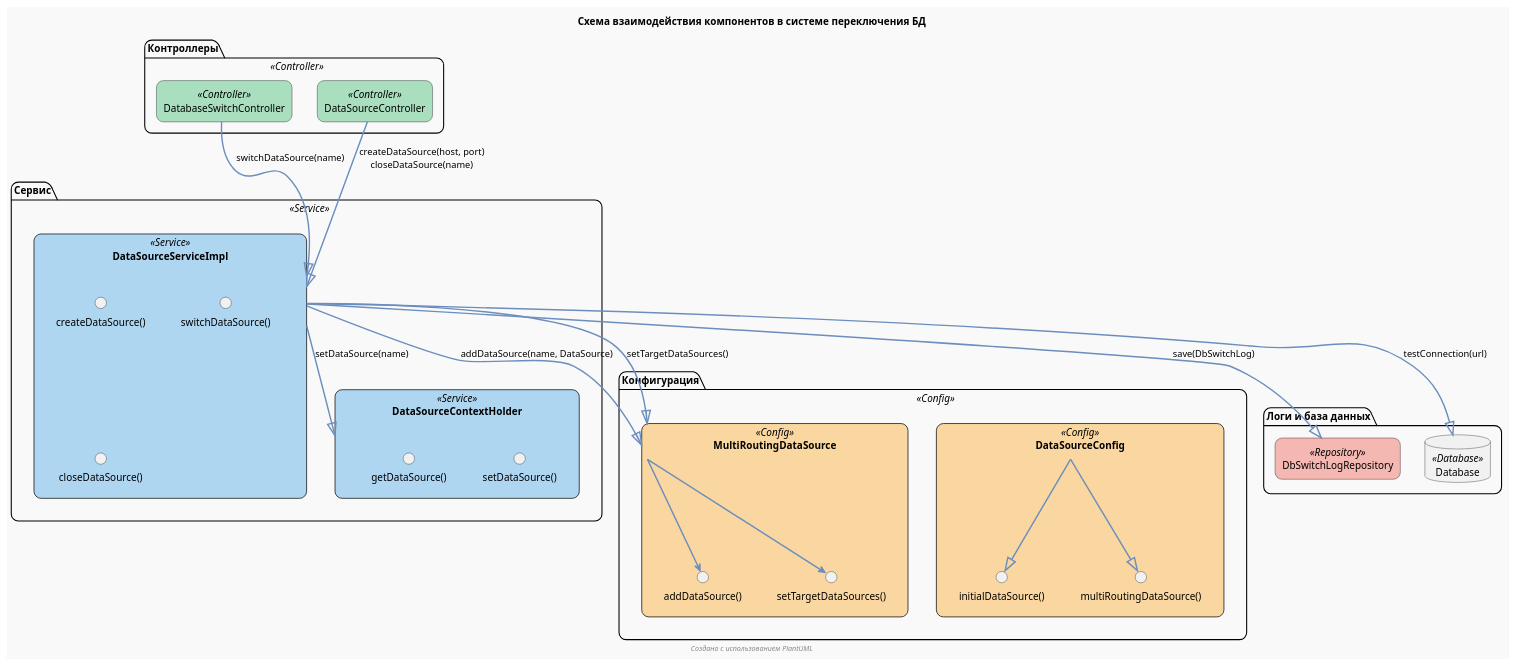
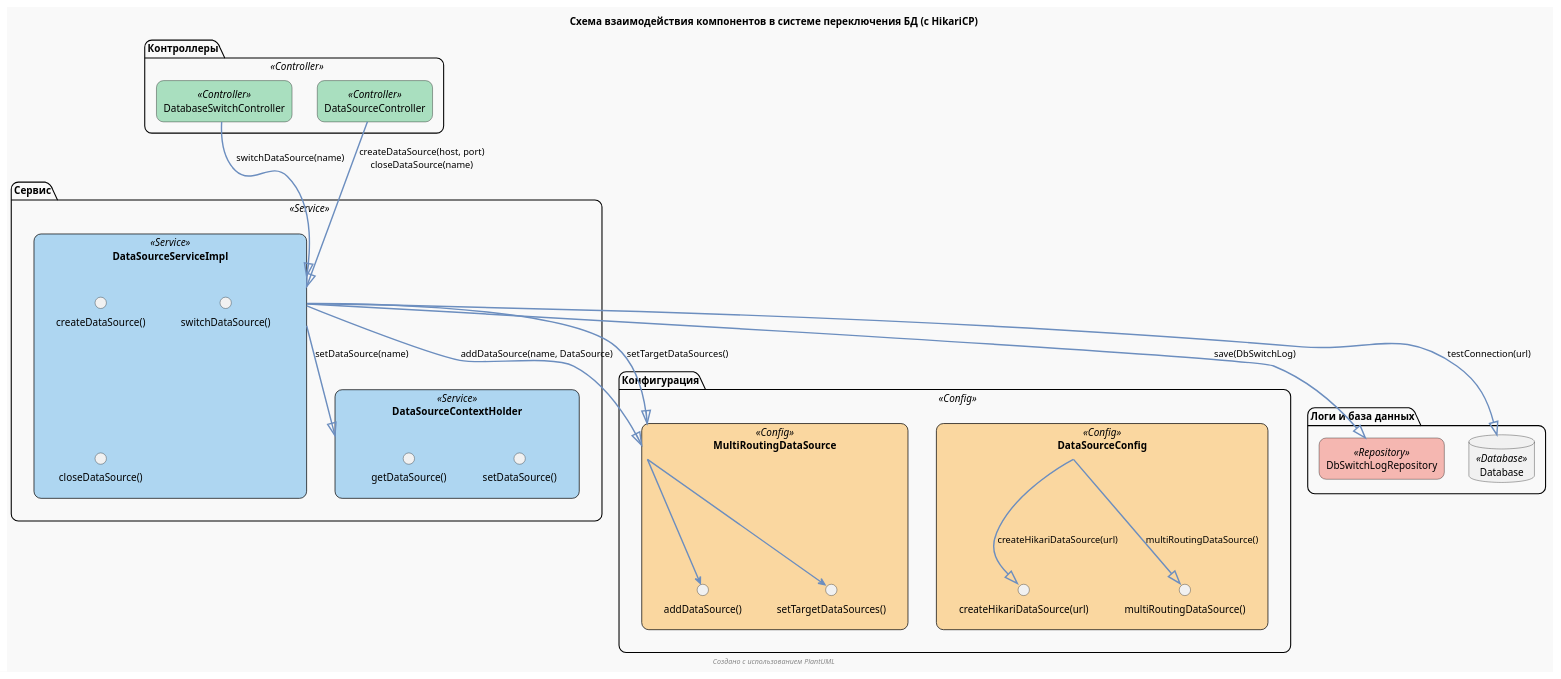
One commit to damnper/db-switching-demo changed the diagram in docs/schema/db-switch-demo.puml. Above: the diagram before and after it, drawn with PlantUML. The commit also changed 8 other files, not shown here.

```diff
--- a/docs/schema/db-switch-demo.puml
+++ b/docs/schema/db-switch-demo.puml
@@ -1,75 +1,75 @@
 @startuml
 skinparam backgroundColor #F9F9F9
 skinparam componentStyle rectangle
 skinparam shadowing false
 skinparam roundcorner 20
 skinparam ArrowColor #6C8EBF
 skinparam ArrowThickness 2
 
 ' Цветовые акценты
 skinparam component {
   BackgroundColor<<Config>> #FAD7A0
   BackgroundColor<<Service>> #AED6F1
   BackgroundColor<<Controller>> #A9DFBF
   BackgroundColor<<Repository>> #F5B7B1
   BackgroundColor<<Database>> #D5DBDB
   BorderColor black
   FontColor black
 }
 
-title <b>Схема взаимодействия компонентов в системе переключения БД</b>
+title <b>Схема взаимодействия компонентов в системе переключения БД (с HikariCP)</b>
 center footer <i>Создано с использованием PlantUML</i>
 
 package "Конфигурация" <<Config>> {
     component "DataSourceConfig" as cfg <<Config>> {
-        interface "initialDataSource()" as iDS
+        interface "createHikariDataSource(url)" as chds
         interface "multiRoutingDataSource()" as mRDS
     }
 
     component "MultiRoutingDataSource" as rds <<Config>> {
         interface "addDataSource()" as ads
         interface "setTargetDataSources()" as sTDS
     }
 }
 
 package "Сервис" <<Service>> {
     component "DataSourceServiceImpl" as dsi <<Service>> {
         interface "createDataSource()" as cds
         interface "switchDataSource()" as swds
         interface "closeDataSource()" as clsds
     }
 
     component "DataSourceContextHolder" as dch <<Service>> {
         interface "setDataSource()" as sds
         interface "getDataSource()" as gds
     }
 }
 
 package "Контроллеры" <<Controller>> {
     component "DatabaseSwitchController" as dbc <<Controller>>
     component "DataSourceController" as dcc <<Controller>>
 }
 
 package "Логи и база данных" {
     component "DbSwitchLogRepository" as repo <<Repository>>
     database "Database" as db <<Database>>
 }
 
 ' Контроллеры взаимодействуют с сервисами
 dbc -[#6C8EBF]-|> dsi : switchDataSource(name)
 dcc -[#6C8EBF]-|> dsi : createDataSource(host, port)\ncloseDataSource(name)
 
 ' Сервисы взаимодействуют с контекстом данных и маршрутизацией
 dsi -[#6C8EBF]-|> dch : setDataSource(name)
 dsi -[#6C8EBF]-|> rds : addDataSource(name, DataSource)
 dsi -[#6C8EBF]-|> rds : setTargetDataSources()
 dsi -[#6C8EBF]-|> repo : save(DbSwitchLog)
 dsi -[#6C8EBF]-|> db : testConnection(url)
 
 ' Конфигурация создает начальные компоненты
-cfg -[#6C8EBF]-|> iDS
-cfg -[#6C8EBF]-|> mRDS
+cfg -[#6C8EBF]-|> chds : createHikariDataSource(url)
+cfg -[#6C8EBF]-|> mRDS : multiRoutingDataSource()
 rds --> ads
 rds --> sTDS
 
 @enduml
```
